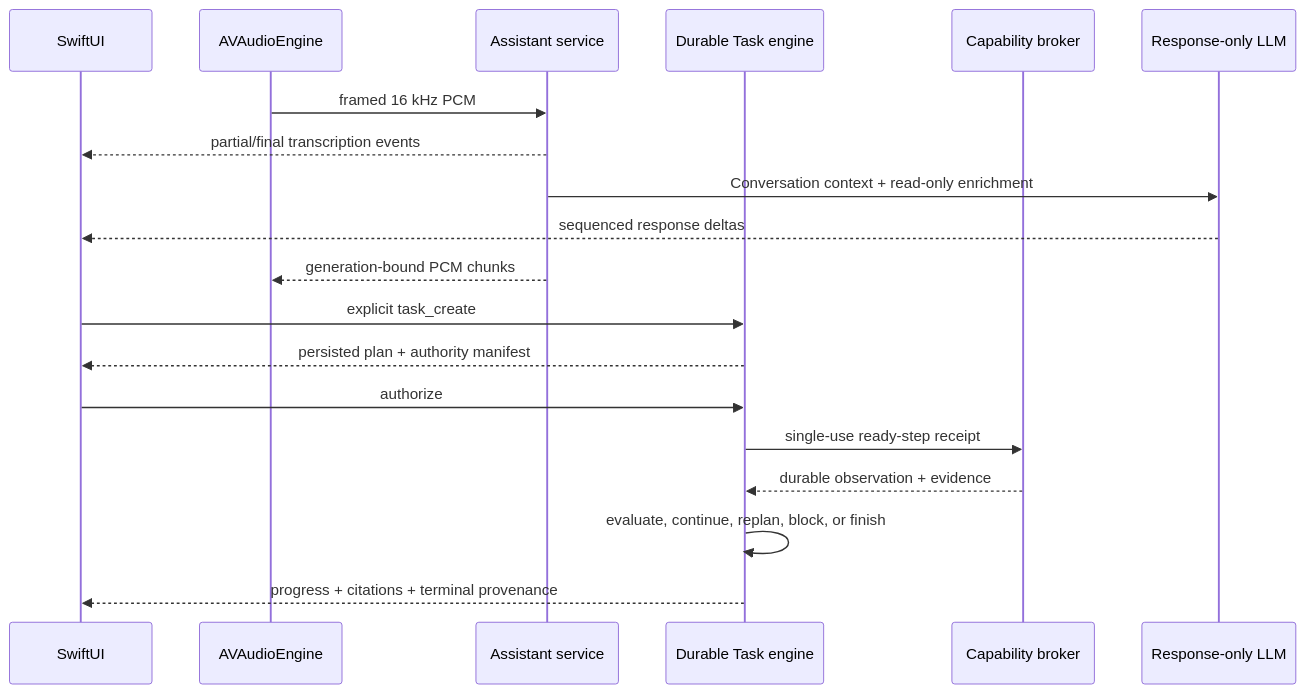
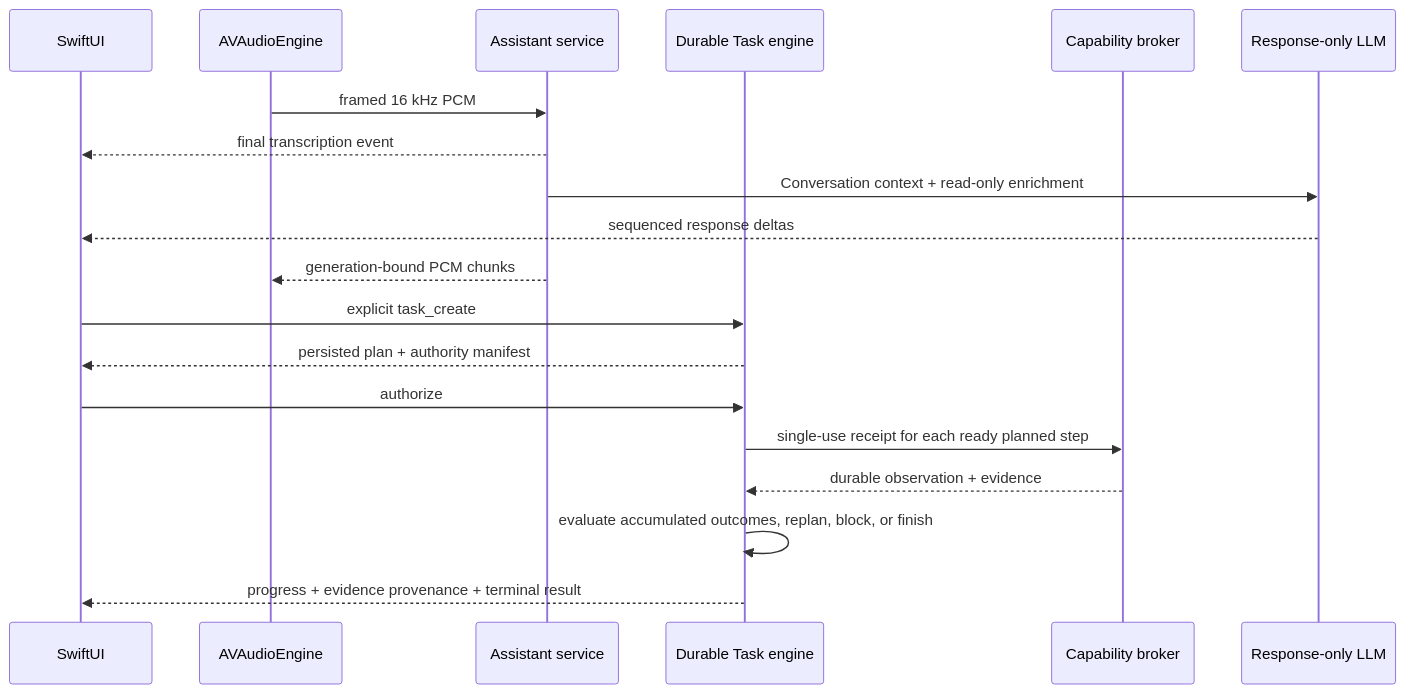
One commit to lukifer23/MacBot changed the diagram in docs/ARCHITECTURE.md. Above: the diagram before and after it, drawn with Mermaid. The commit also changed other lines of this file and 21 other files, not shown here.

````diff
--- a/docs/ARCHITECTURE.md
+++ b/docs/ARCHITECTURE.md
@@ -44,22 +47,22 @@
 ```mermaid
 sequenceDiagram
     participant UI as SwiftUI
     participant Audio as AVAudioEngine
     participant Assistant as Assistant service
     participant Task as Durable Task engine
     participant Broker as Capability broker
     participant Model as Response-only LLM
 
     Audio->>Assistant: framed 16 kHz PCM
-    Assistant-->>UI: partial/final transcription events
+    Assistant-->>UI: final transcription event
     Assistant->>Model: Conversation context + read-only enrichment
     Model-->>UI: sequenced response deltas
     Assistant-->>Audio: generation-bound PCM chunks
     UI->>Task: explicit task_create
     Task-->>UI: persisted plan + authority manifest
     UI->>Task: authorize
-    Task->>Broker: single-use ready-step receipt
+    Task->>Broker: single-use receipt for each ready planned step
     Broker-->>Task: durable observation + evidence
-    Task->>Task: evaluate, continue, replan, block, or finish
-    Task-->>UI: progress + citations + terminal provenance
+    Task->>Task: evaluate accumulated outcomes, replan, block, or finish
+    Task-->>UI: progress + evidence provenance + terminal result
 ```
````
